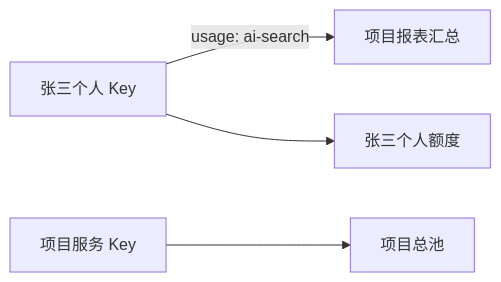
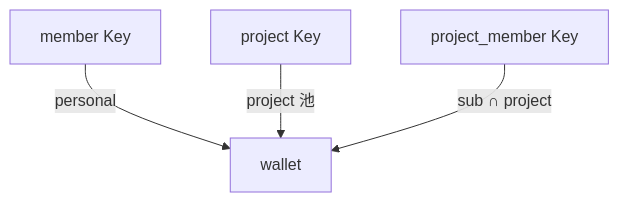
One commit to quyip8818/mytokenjoy changed the diagram in docs/Platform-Key产品设计.md. Above: the diagram before and after it, drawn with Mermaid. The commit also changed other lines of this file and 105 other files, not shown here.

First line of the commit message:
refactor(budget): 三轴预算执法与 project_member scope

````diff
--- a/docs/Platform-Key产品设计.md
+++ b/docs/Platform-Key产品设计.md
@@ -371,6 +21,6 @@
 ```mermaid
-flowchart LR
-  P[张三个人 Key] -->|usage: ai-search| RPT[项目报表汇总]
-  P --> BILL[张三个人额度]
-  J[项目服务 Key] --> PROJ[项目总池]
+flowchart TB
+  K1[member Key] -->|personal| W[wallet]
+  K2[project Key] -->|project 池| W
+  K3[project_member Key] -->|sub ∩ project| W
 ```
````
